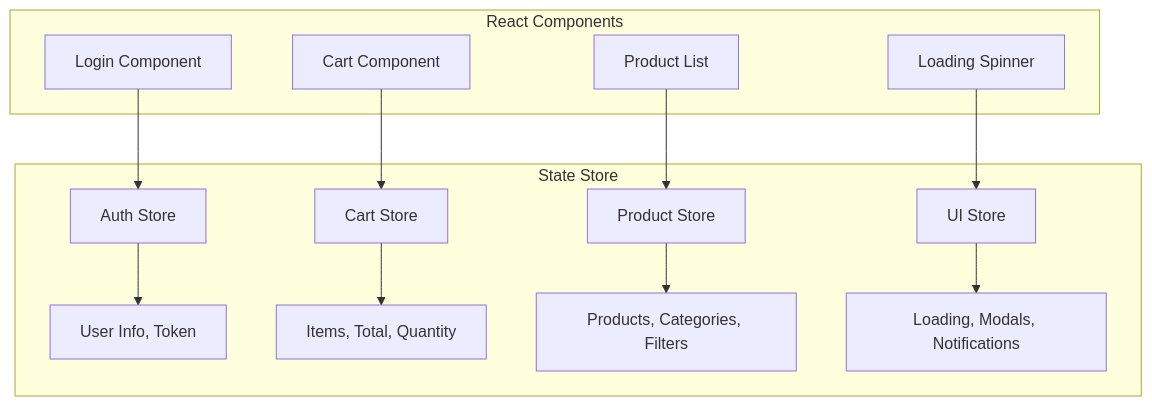
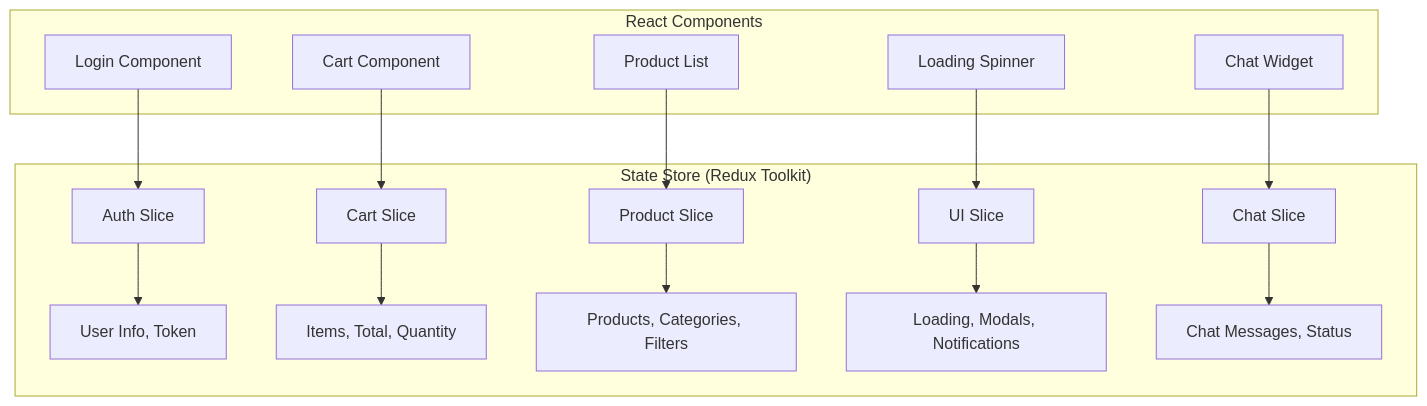
Before and after one commit to hoaiiann0804/Mini-E-commerce-Platform: the ninth of 11 diagrams in README.md, drawn with Mermaid. The commit also changed other lines of this file, not shown here.

````diff
--- a/README.md
+++ b/README.md
@@ -224,16 +223,18 @@
 ```mermaid
 graph TB
-    subgraph "State Store"
-        A[Auth Store] --> B[User Info, Token]
-        C[Cart Store] --> D[Items, Total, Quantity]
-        E[Product Store] --> F[Products, Categories, Filters]
-        G[UI Store] --> H[Loading, Modals, Notifications]
+    subgraph "State Store (Redux Toolkit)"
+        A[Auth Slice] --> B[User Info, Token]
+        C[Cart Slice] --> D[Items, Total, Quantity]
+        E[Product Slice] --> F[Products, Categories, Filters]
+        G[UI Slice] --> H[Loading, Modals, Notifications]
+        I[Chat Slice] --> J[Chat Messages, Status]
     end
 
     subgraph "React Components"
-        I[Login Component] --> A
-        J[Cart Component] --> C
-        K[Product List] --> E
-        L[Loading Spinner] --> G
+        K[Login Component] --> A
+        L[Cart Component] --> C
+        M[Product List] --> E
+        N[Loading Spinner] --> G
+        O[Chat Widget] --> I
     end
 ```
````
